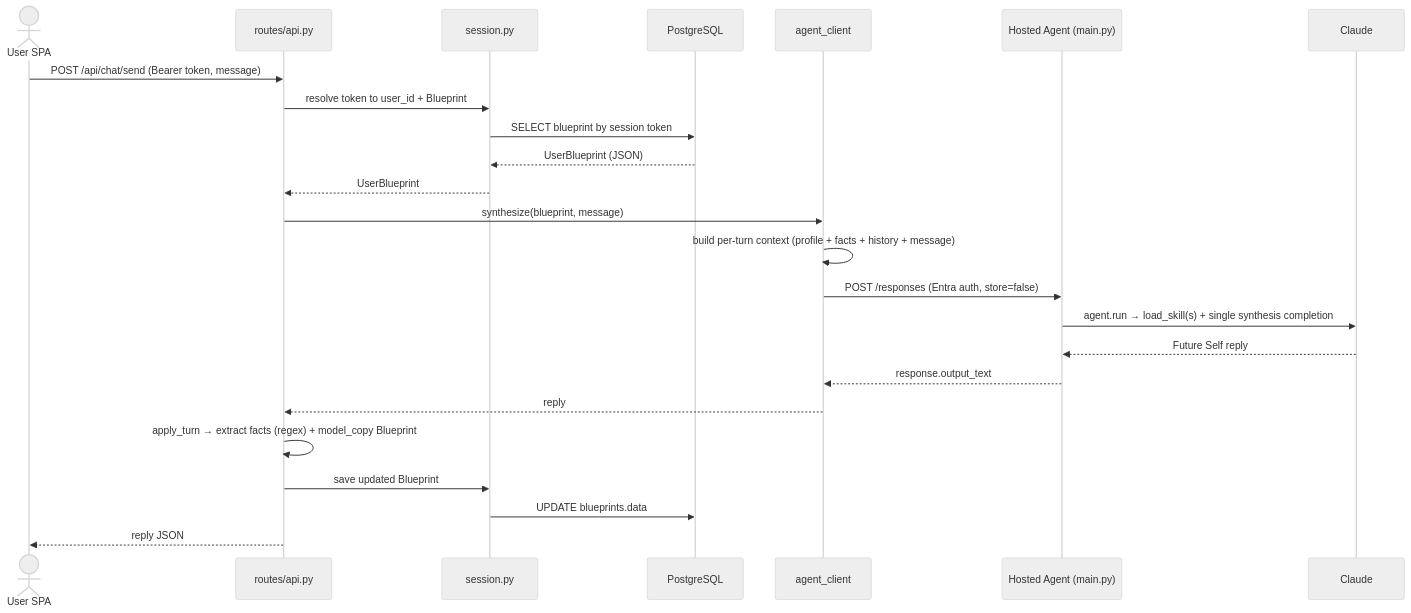
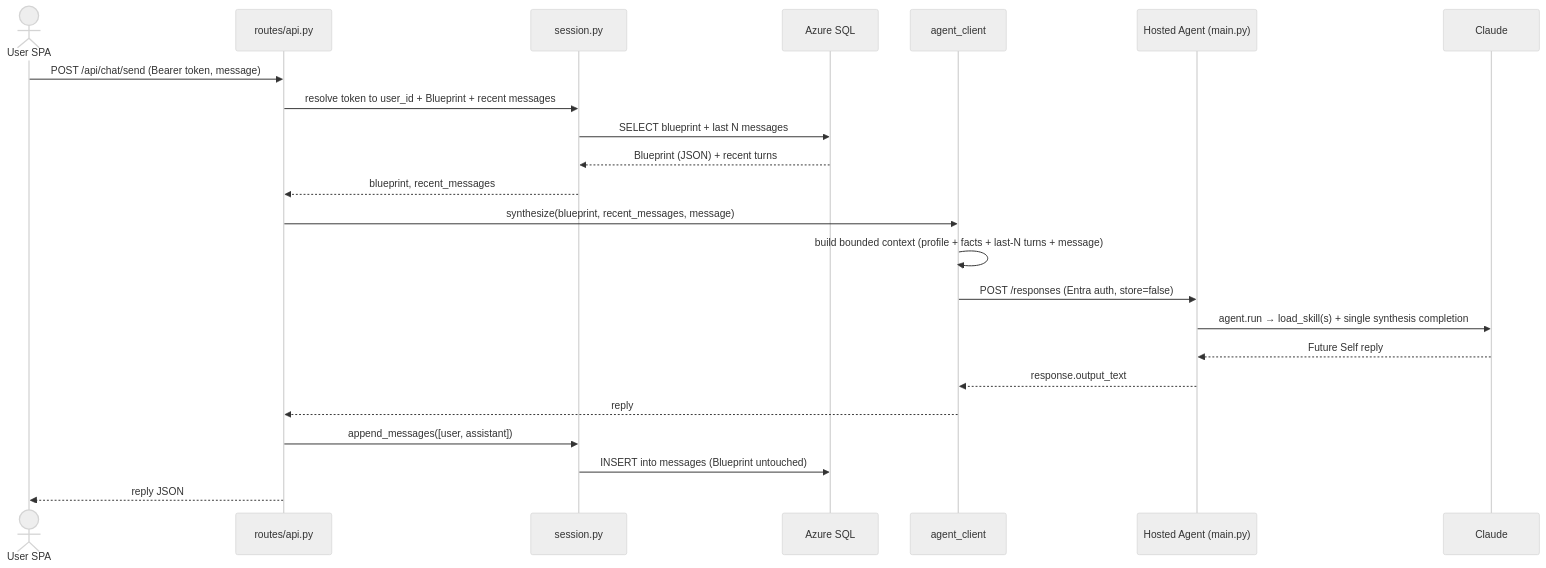
The third of 7 diagrams in ARCHITECTURE.md (scopeta/futureself), drawn with Mermaid (neutral theme) before and after one commit. The commit also changed other lines of this file and 22 other files, not shown here.

First line of the commit message:
refactor(db): migrate to Azure SQL; decouple transcript; validation-gate facts

````diff
--- a/ARCHITECTURE.md
+++ b/ARCHITECTURE.md
@@ -212,27 +225,26 @@
 ```mermaid
 sequenceDiagram
     actor U as User SPA
     participant API as routes/api.py
     participant S as session.py
-    participant DB as PostgreSQL
+    participant DB as Azure SQL
     participant CL as agent_client
     participant H as Hosted Agent (main.py)
     participant C as Claude
 
     U->>API: POST /api/chat/send (Bearer token, message)
-    API->>S: resolve token to user_id + Blueprint
-    S->>DB: SELECT blueprint by session token
-    DB-->>S: UserBlueprint (JSON)
-    S-->>API: UserBlueprint
-    API->>CL: synthesize(blueprint, message)
-    CL->>CL: build per-turn context (profile + facts + history + message)
+    API->>S: resolve token to user_id + Blueprint + recent messages
+    S->>DB: SELECT blueprint + last N messages
+    DB-->>S: Blueprint (JSON) + recent turns
+    S-->>API: blueprint, recent_messages
+    API->>CL: synthesize(blueprint, recent_messages, message)
+    CL->>CL: build bounded context (profile + facts + last-N turns + message)
     CL->>H: POST /responses (Entra auth, store=false)
     H->>C: agent.run → load_skill(s) + single synthesis completion
     C-->>H: Future Self reply
     H-->>CL: response.output_text
     CL-->>API: reply
-    API->>API: apply_turn → extract facts (regex) + model_copy Blueprint
-    API->>S: save updated Blueprint
-    S->>DB: UPDATE blueprints.data
+    API->>S: append_messages([user, assistant])
+    S->>DB: INSERT into messages (Blueprint untouched)
     API-->>U: reply JSON
 ```
````
